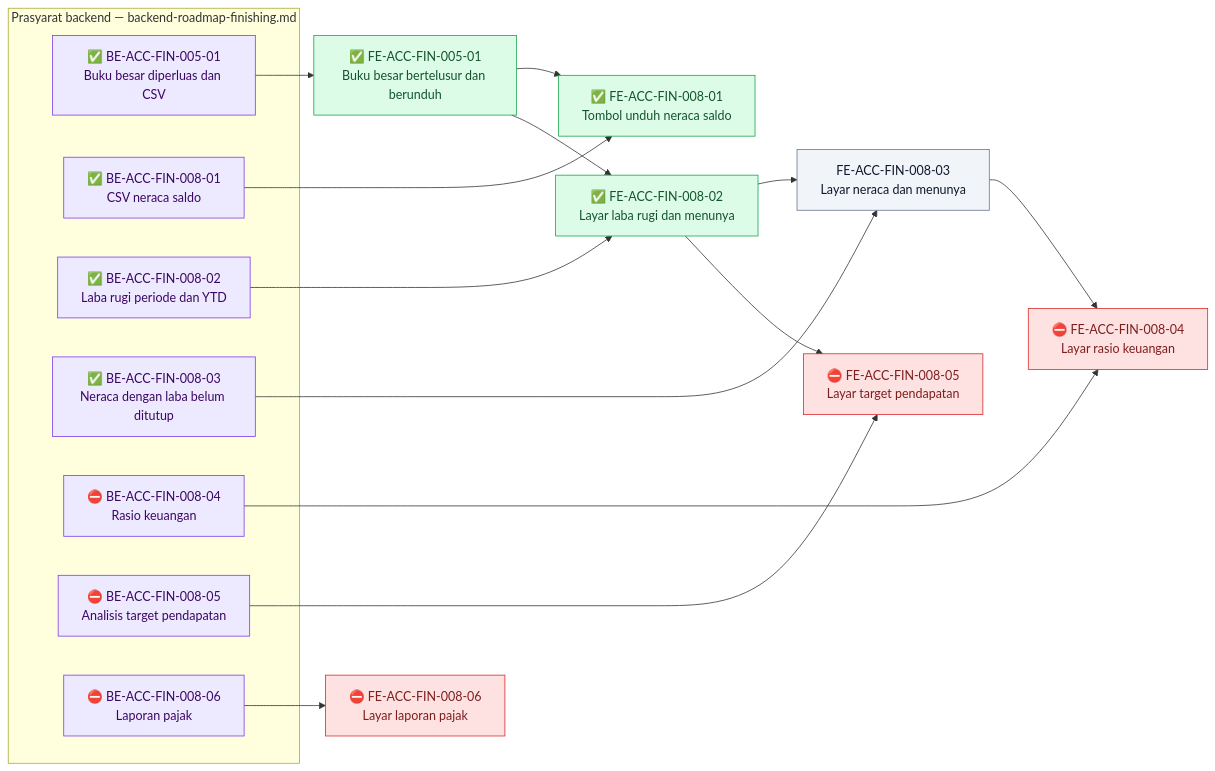
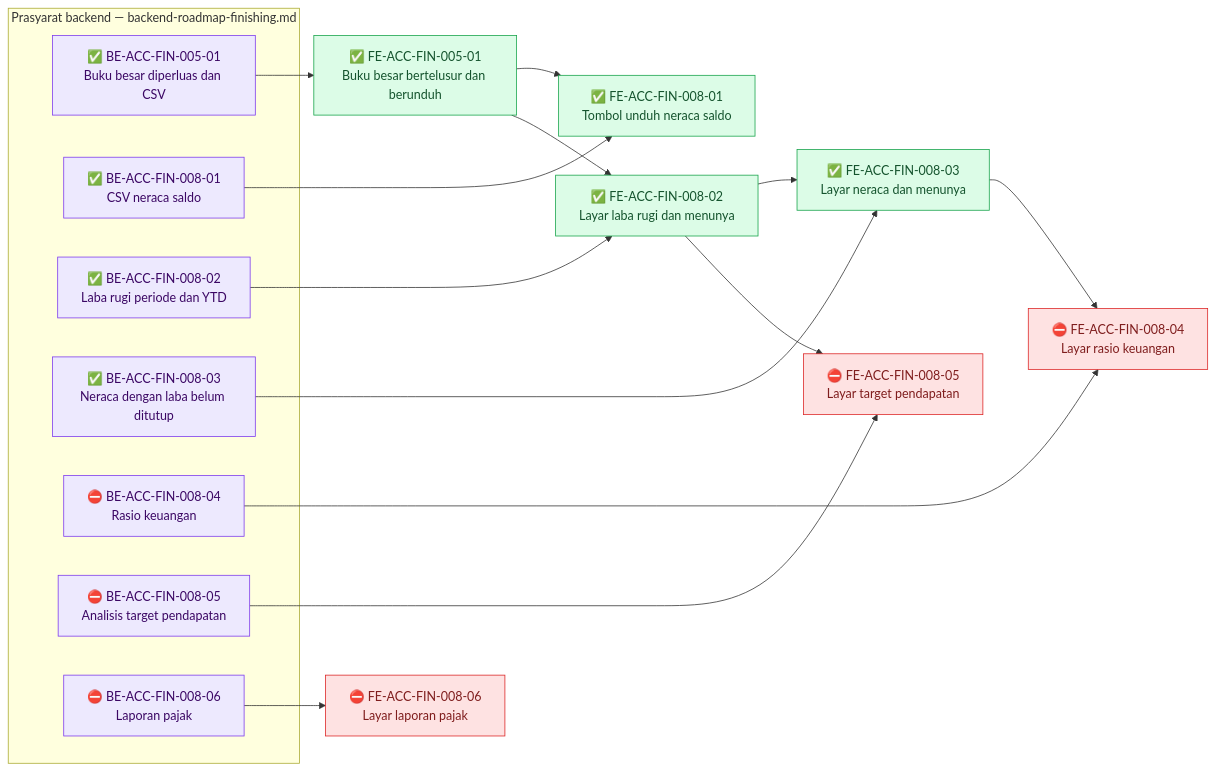
Before and after one commit to DevBenari/NewQuilvianSystemBackend: the diagram in docs/module-blueprints/accounting/roadmap/frontend-roadmap-finishing.md, drawn with Mermaid. The commit also changed other lines of this file and 3 other files, not shown here.

First line of the commit message:
docs(accounting): laporan dan status FE-ACC-FIN-008-03 (layar neraca)

````diff
--- a/docs/module-blueprints/accounting/roadmap/frontend-roadmap-finishing.md
+++ b/docs/module-blueprints/accounting/roadmap/frontend-roadmap-finishing.md
@@ -40,39 +40,39 @@
 ```mermaid
 flowchart LR
     classDef selesai fill:#DCFCE7,stroke:#16A34A,color:#14532D
     classDef sebagian fill:#FEF9C3,stroke:#CA8A04,color:#713F12
     classDef terblokir fill:#FEE2E2,stroke:#DC2626,color:#7F1D1D
     classDef belum fill:#F1F5F9,stroke:#64748B,color:#0F172A
     classDef luar fill:#EDE9FE,stroke:#7C3AED,color:#3B0764
 
     subgraph backend["Prasyarat backend — backend-roadmap-finishing.md"]
         BEACCFIN00501["✅ BE-ACC-FIN-005-01<br/>Buku besar diperluas dan CSV"]:::luar
         BEACCFIN00801["✅ BE-ACC-FIN-008-01<br/>CSV neraca saldo"]:::luar
         BEACCFIN00802["✅ BE-ACC-FIN-008-02<br/>Laba rugi periode dan YTD"]:::luar
         BEACCFIN00803["✅ BE-ACC-FIN-008-03<br/>Neraca dengan laba belum ditutup"]:::luar
         BEACCFIN00804["⛔ BE-ACC-FIN-008-04<br/>Rasio keuangan"]:::luar
         BEACCFIN00805["⛔ BE-ACC-FIN-008-05<br/>Analisis target pendapatan"]:::luar
         BEACCFIN00806["⛔ BE-ACC-FIN-008-06<br/>Laporan pajak"]:::luar
     end
 
     FEACCFIN00501["✅ FE-ACC-FIN-005-01<br/>Buku besar bertelusur dan berunduh"]:::selesai
     FEACCFIN00801["✅ FE-ACC-FIN-008-01<br/>Tombol unduh neraca saldo"]:::selesai
     FEACCFIN00802["✅ FE-ACC-FIN-008-02<br/>Layar laba rugi dan menunya"]:::selesai
-    FEACCFIN00803["FE-ACC-FIN-008-03<br/>Layar neraca dan menunya"]:::belum
+    FEACCFIN00803["✅ FE-ACC-FIN-008-03<br/>Layar neraca dan menunya"]:::selesai
     FEACCFIN00804["⛔ FE-ACC-FIN-008-04<br/>Layar rasio keuangan"]:::terblokir
     FEACCFIN00805["⛔ FE-ACC-FIN-008-05<br/>Layar target pendapatan"]:::terblokir
     FEACCFIN00806["⛔ FE-ACC-FIN-008-06<br/>Layar laporan pajak"]:::terblokir
 
     BEACCFIN00501 --> FEACCFIN00501
     BEACCFIN00801 --> FEACCFIN00801
     FEACCFIN00501 --> FEACCFIN00801
     BEACCFIN00802 --> FEACCFIN00802
     FEACCFIN00501 --> FEACCFIN00802
     BEACCFIN00803 --> FEACCFIN00803
     FEACCFIN00802 --> FEACCFIN00803
     BEACCFIN00804 --> FEACCFIN00804
     FEACCFIN00803 --> FEACCFIN00804
     BEACCFIN00805 --> FEACCFIN00805
     FEACCFIN00802 --> FEACCFIN00805
     BEACCFIN00806 --> FEACCFIN00806
 ```
````
